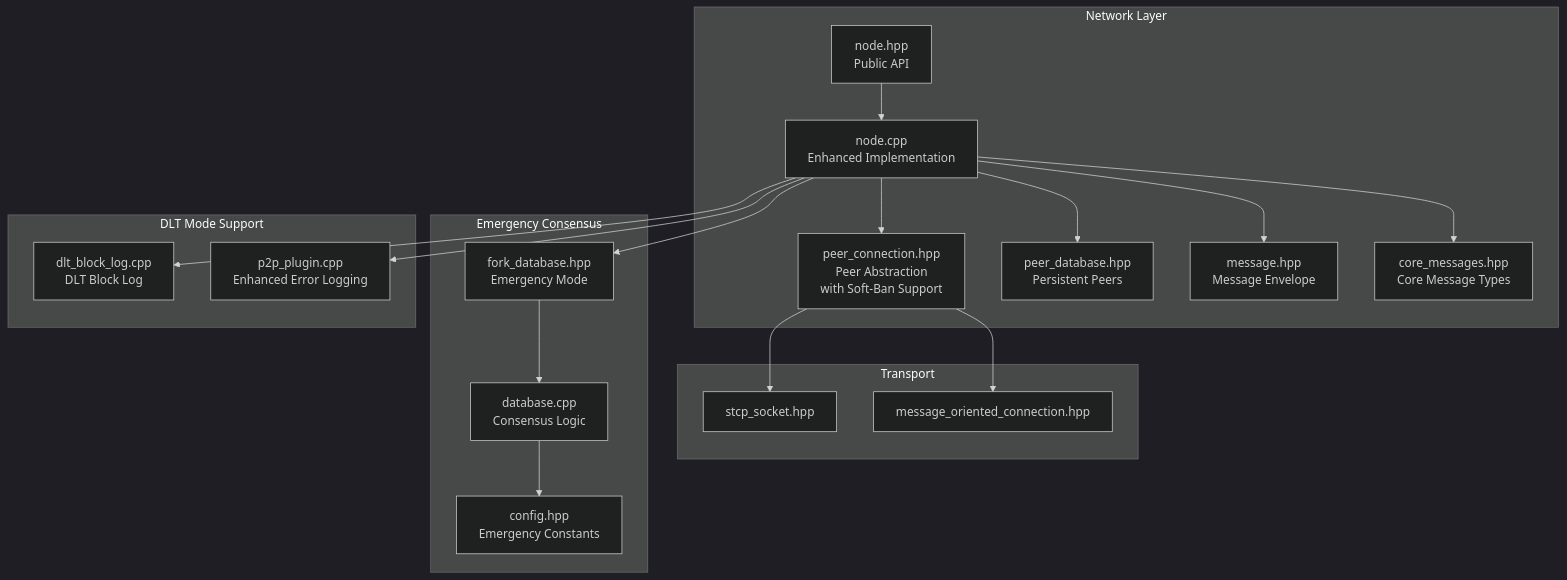
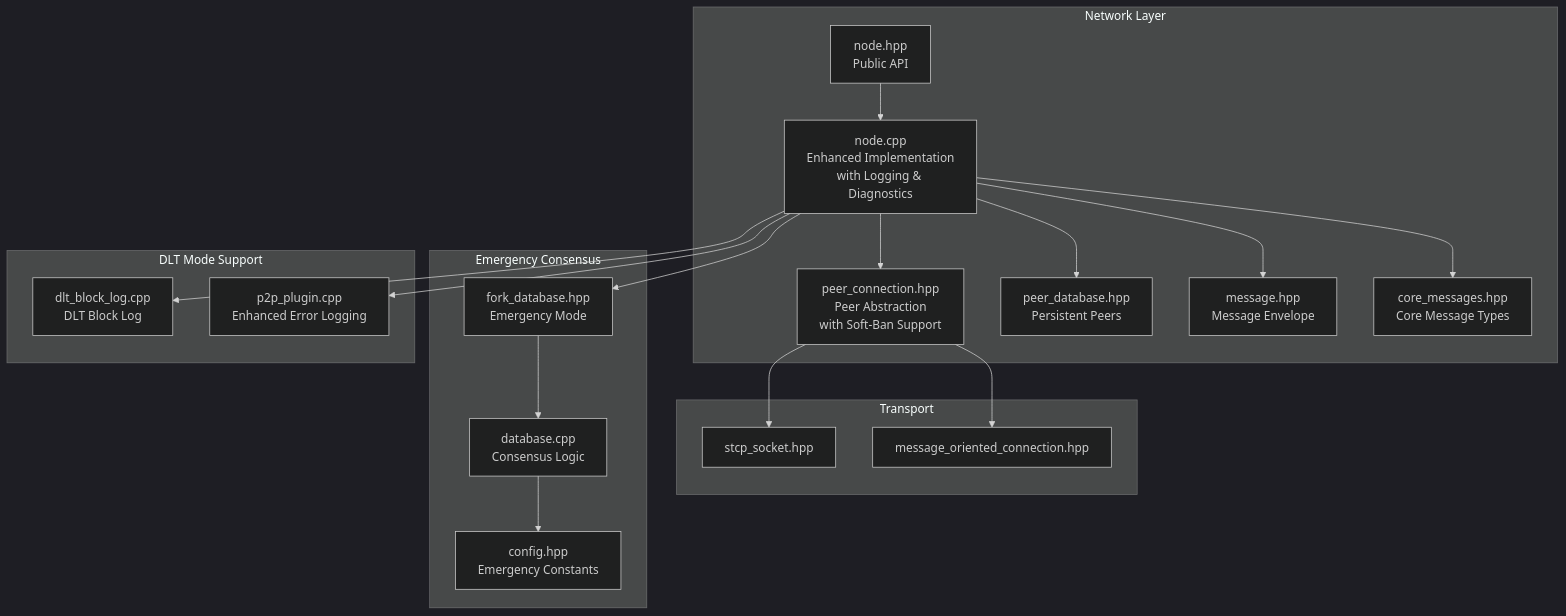
One commit to VIZ-Blockchain/viz-cpp-node changed the first of 8 diagrams in .qoder/repowiki/en/content/Architecture Overview/Core Libraries/Network Library/Node Management.md. Above: the diagram before and after it, drawn with Mermaid (dark theme). The commit also changed other lines of this file and 5 other files, not shown here.

````diff
--- a/.qoder/repowiki/en/content/Architecture Overview/Core Libraries/Network Library/Node Management.md
+++ b/.qoder/repowiki/en/content/Architecture Overview/Core Libraries/Network Library/Node Management.md
@@ -59,36 +59,36 @@
 ```mermaid
 graph TB
 subgraph "Network Layer"
 N["node.hpp<br/>Public API"]
-NI["node.cpp<br/>Enhanced Implementation"]
+NI["node.cpp<br/>Enhanced Implementation<br/>with Logging & Diagnostics"]
 PC["peer_connection.hpp<br/>Peer Abstraction<br/>with Soft-Ban Support"]
 PD["peer_database.hpp<br/>Persistent Peers"]
 MSG["message.hpp<br/>Message Envelope"]
 CM["core_messages.hpp<br/>Core Message Types"]
 end
 subgraph "Transport"
 STCP["stcp_socket.hpp"]
 MOC["message_oriented_connection.hpp"]
 end
 subgraph "Emergency Consensus"
 FD["fork_database.hpp<br/>Emergency Mode"]
 DBC["database.cpp<br/>Consensus Logic"]
 CFG["config.hpp<br/>Emergency Constants"]
 end
 subgraph "DLT Mode Support"
 DLP["dlt_block_log.cpp<br/>DLT Block Log"]
 P2P["p2p_plugin.cpp<br/>Enhanced Error Logging"]
 end
 N --> NI
 NI --> PC
 NI --> PD
 NI --> MSG
 NI --> CM
 PC --> STCP
 PC --> MOC
 NI --> FD
 FD --> DBC
 DBC --> CFG
 NI --> DLP
 NI --> P2P
 ```
````
